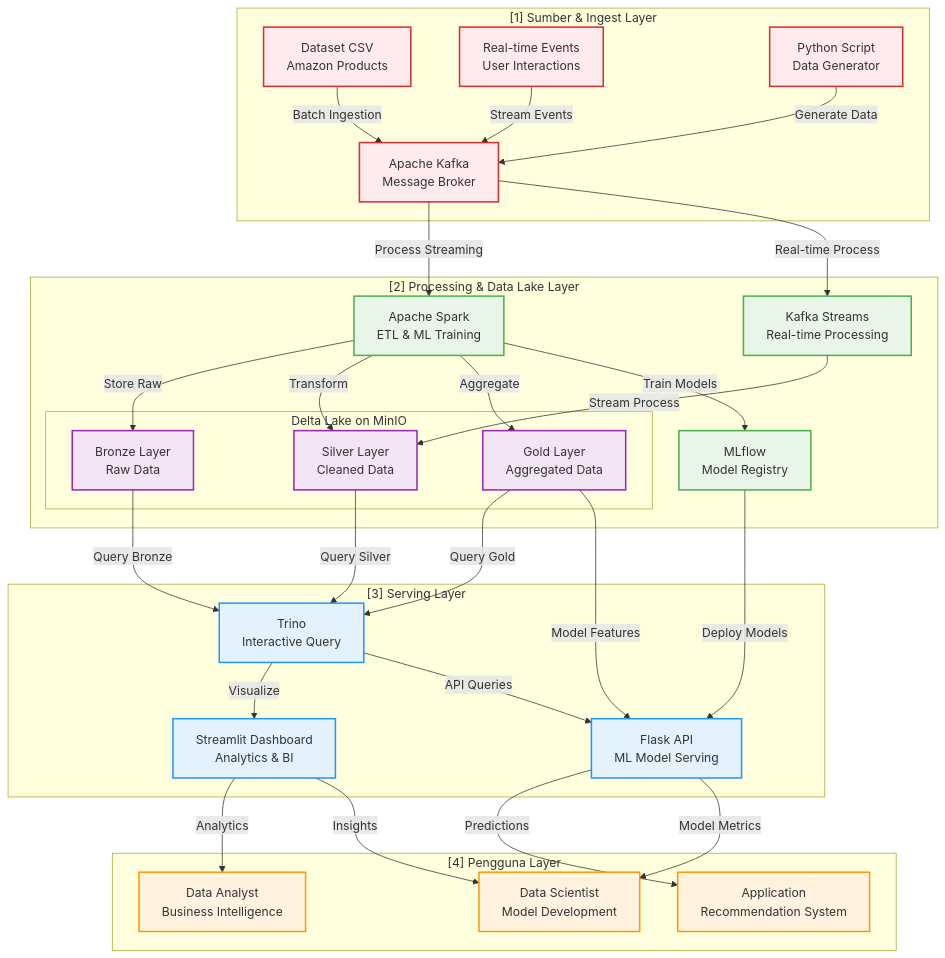
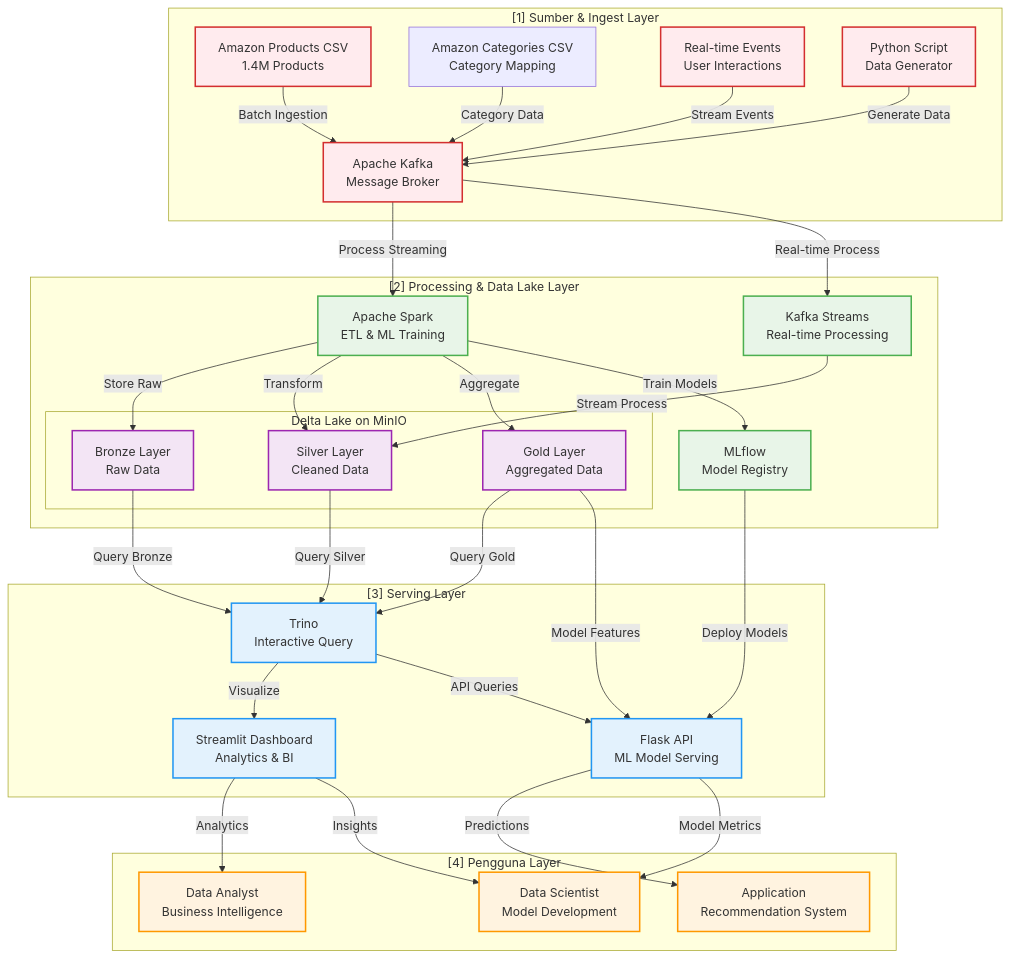
One commit to nessorrowz/FP_BigData changed the diagram in README.md. Above: the diagram before and after it, drawn with Mermaid. The commit also changed other lines of this file and 2 other files, not shown here.

````diff
--- a/README.md
+++ b/README.md
@@ -22,79 +22,81 @@
 ```mermaid
 flowchart TD
     %% Data Sources & Ingestion Layer
     subgraph L1["[1] Sumber & Ingest Layer"]
-        A1[Dataset CSV<br/>Amazon Products]
+        A1[Amazon Products CSV<br/>1.4M Products]
+        A1b[Amazon Categories CSV<br/>Category Mapping]
         A2[Real-time Events<br/>User Interactions]
         A3[Python Script<br/>Data Generator]
         A4[Apache Kafka<br/>Message Broker]
     end
 
     %% Processing & Data Lake Layer
     subgraph L2["[2] Processing & Data Lake Layer"]
         B1[Apache Spark<br/>ETL & ML Training]
         B2[Kafka Streams<br/>Real-time Processing]
         
         subgraph DL["Delta Lake on MinIO"]
             C1[Bronze Layer<br/>Raw Data]
             C2[Silver Layer<br/>Cleaned Data]
             C3[Gold Layer<br/>Aggregated Data]
         end
         
         B3[MLflow<br/>Model Registry]
     end
 
     %% Serving Layer
     subgraph L3["[3] Serving Layer"]
         D1[Trino<br/>Interactive Query]
         D2[Streamlit Dashboard<br/>Analytics & BI]
         D3[Flask API<br/>ML Model Serving]
     end
 
     %% User Layer
     subgraph L4["[4] Pengguna Layer"]
         E1[Data Analyst<br/>Business Intelligence]
         E2[Data Scientist<br/>Model Development]
         E3[Application<br/>Recommendation System]
     end
 
     %% Data Flow Connections
     A1 -->|Batch Ingestion| A4
+    A1b -->|Category Data| A4
     A2 -->|Stream Events| A4
     A3 -->|Generate Data| A4
     A4 -->|Process Streaming| B1
     A4 -->|Real-time Process| B2
     
     B1 -->|Store Raw| C1
     B1 -->|Transform| C2
     B1 -->|Aggregate| C3
     B2 -->|Stream Process| C2
     
     B1 -->|Train Models| B3
     B3 -->|Deploy Models| D3
     
     C1 -->|Query Bronze| D1
     C2 -->|Query Silver| D1
     C3 -->|Query Gold| D1
     
     D1 -->|Visualize| D2
     D1 -->|API Queries| D3
     C3 -->|Model Features| D3
     
     D2 -->|Analytics| E1
     D2 -->|Insights| E2
     D3 -->|Predictions| E3
     D3 -->|Model Metrics| E2
 
     %% Styling for different layers
     classDef sourceLayer fill:#ffebee,stroke:#d32f2f,stroke-width:2px
     classDef processLayer fill:#e8f5e8,stroke:#4caf50,stroke-width:2px
     classDef servingLayer fill:#e3f2fd,stroke:#2196f3,stroke-width:2px
     classDef userLayer fill:#fff3e0,stroke:#ff9800,stroke-width:2px
     classDef dataLake fill:#f3e5f5,stroke:#9c27b0,stroke-width:2px
 
     class A1,A2,A3,A4 sourceLayer
     class B1,B2,B3 processLayer
     class C1,C2,C3 dataLake
     class D1,D2,D3 servingLayer
     class E1,E2,E3 userLayer
 ```
````
